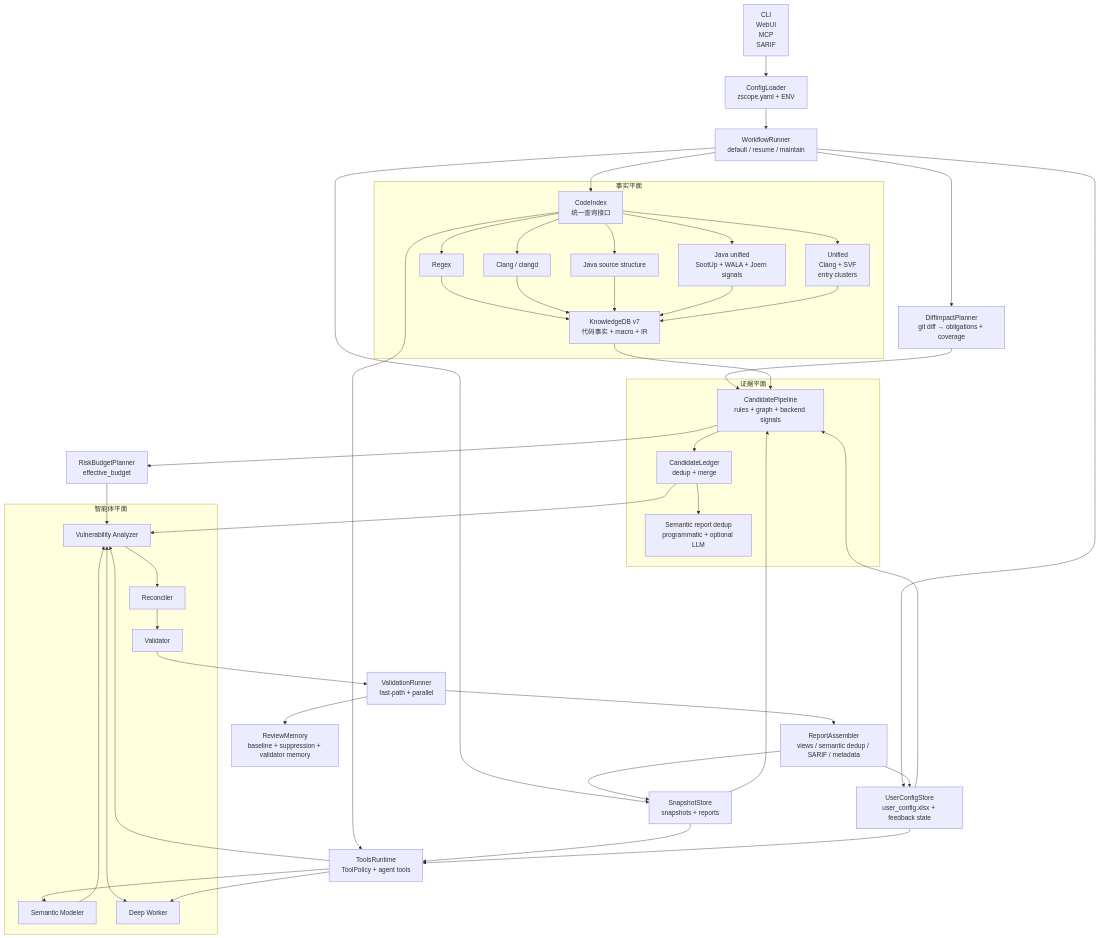
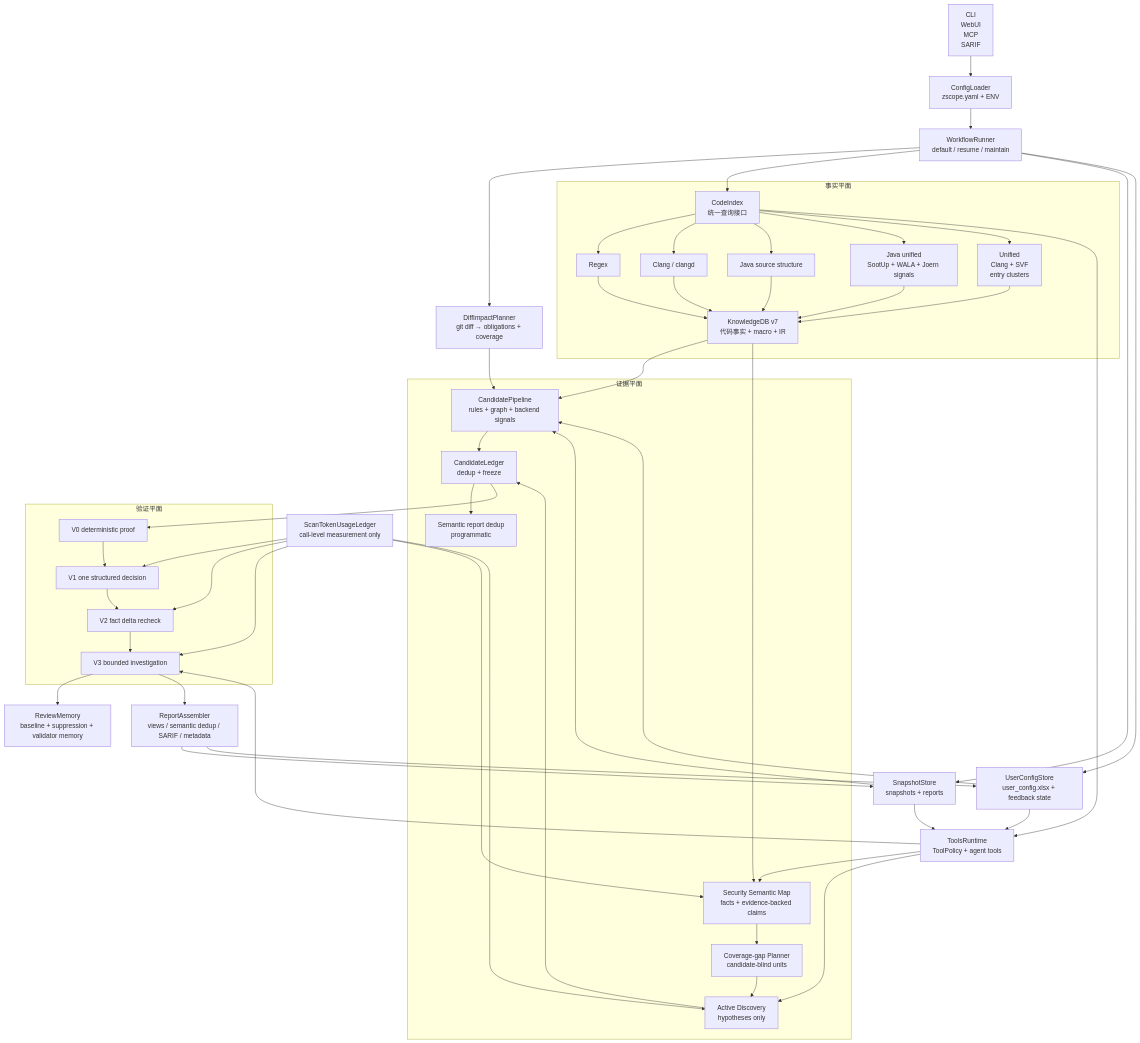
Before and after one commit to zealousness/Z-Scope: the diagram in docs/architecture.md, drawn with Mermaid. The commit also changed other lines of this file and 153 other files, not shown here.

Commit message:
feat: add adaptive semantic discovery and validator v3

````diff
--- a/docs/architecture.md
+++ b/docs/architecture.md
@@ -44,72 +44,72 @@
 ```mermaid
 flowchart TB
     Ingress["CLI<br/>WebUI<br/>MCP<br/>SARIF"]
     Config["ConfigLoader<br/>zscope.yaml + ENV"]
     Workflow["WorkflowRunner<br/>default / resume / maintain"]
     DiffImpact["DiffImpactPlanner<br/>git diff → obligations + coverage"]
 
     subgraph FactPlane["事实平面"]
         Index["CodeIndex<br/>统一查询接口"]
         Regex["Regex"]
         Clang["Clang / clangd"]
         JavaSource["Java source structure"]
         JavaUnified["Java unified<br/>SootUp + WALA + Joern signals"]
         Unified["Unified<br/>Clang + SVF<br/>entry clusters"]
         KDB["KnowledgeDB v7<br/>代码事实 + macro + IR"]
     end
 
     subgraph EvidencePlane["证据平面"]
         Candidate["CandidatePipeline<br/>rules + graph + backend signals"]
-        Ledger["CandidateLedger<br/>dedup + merge"]
-        SemanticDedup["Semantic report dedup<br/>programmatic + optional LLM"]
+        SecurityMap["Security Semantic Map<br/>facts + evidence-backed claims"]
+        Gap["Coverage-gap Planner<br/>candidate-blind units"]
+        Discovery["Active Discovery<br/>hypotheses only"]
+        Ledger["CandidateLedger<br/>dedup + freeze"]
+        SemanticDedup["Semantic report dedup<br/>programmatic"]
     end
 
-    Budget["RiskBudgetPlanner<br/>effective_budget"]
-    subgraph AgentPlane["智能体平面"]
-        Modeler["Semantic Modeler"]
-        Analyzer["Vulnerability Analyzer"]
-        Worker["Deep Worker"]
-        Reconciler["Reconciler"]
-        Validator["Validator"]
+    TokenUsage["ScanTokenUsageLedger<br/>call-level measurement only"]
+    subgraph ValidationPlane["验证平面"]
+        V0["V0 deterministic proof"]
+        V1["V1 one structured decision"]
+        V2["V2 fact delta recheck"]
+        V3["V3 bounded investigation"]
     end
-
-    Validation["ValidationRunner<br/>fast-path + parallel"]
     ReviewMemory["ReviewMemory<br/>baseline + suppression + validator memory"]
     Tools["ToolsRuntime<br/>ToolPolicy + agent tools"]
     Snapshot["SnapshotStore<br/>snapshots + reports"]
     UserCfg["UserConfigStore<br/>user_config.xlsx + feedback state"]
     Report["ReportAssembler<br/>views / semantic dedup / SARIF / metadata"]
 
     Ingress --> Config --> Workflow
     Workflow --> DiffImpact --> Candidate
     Workflow --> Index
     Index --> Regex --> KDB
     Index --> Clang --> KDB
     Index --> JavaSource --> KDB
     Index --> JavaUnified --> KDB
     Index --> Unified --> KDB
     Workflow --> Snapshot
     Workflow --> UserCfg
     KDB --> Candidate
     Snapshot --> Candidate
     UserCfg --> Candidate
     Candidate --> Ledger
+    KDB --> SecurityMap --> Gap --> Discovery --> Ledger
     Ledger --> SemanticDedup
-    Candidate --> Budget
-    Budget --> Analyzer
-    Ledger --> Analyzer
-    Modeler --> Analyzer
-    Analyzer <--> Worker
-    Analyzer --> Reconciler --> Validator
-    Validator --> Validation
-    Validation --> ReviewMemory
-    Tools --> Modeler
-    Tools --> Analyzer
-    Tools --> Worker
+    Ledger --> V0 --> V1 --> V2 --> V3
+    TokenUsage --> SecurityMap
+    TokenUsage --> Discovery
+    TokenUsage --> V1
+    TokenUsage --> V2
+    TokenUsage --> V3
+    V3 --> ReviewMemory
+    Tools --> SecurityMap
+    Tools --> Discovery
+    Tools --> V3
     Index --> Tools
     Snapshot --> Tools
     UserCfg --> Tools
-    Validation --> Report
+    V3 --> Report
     Report --> Snapshot
     Report --> UserCfg
 ```
````
